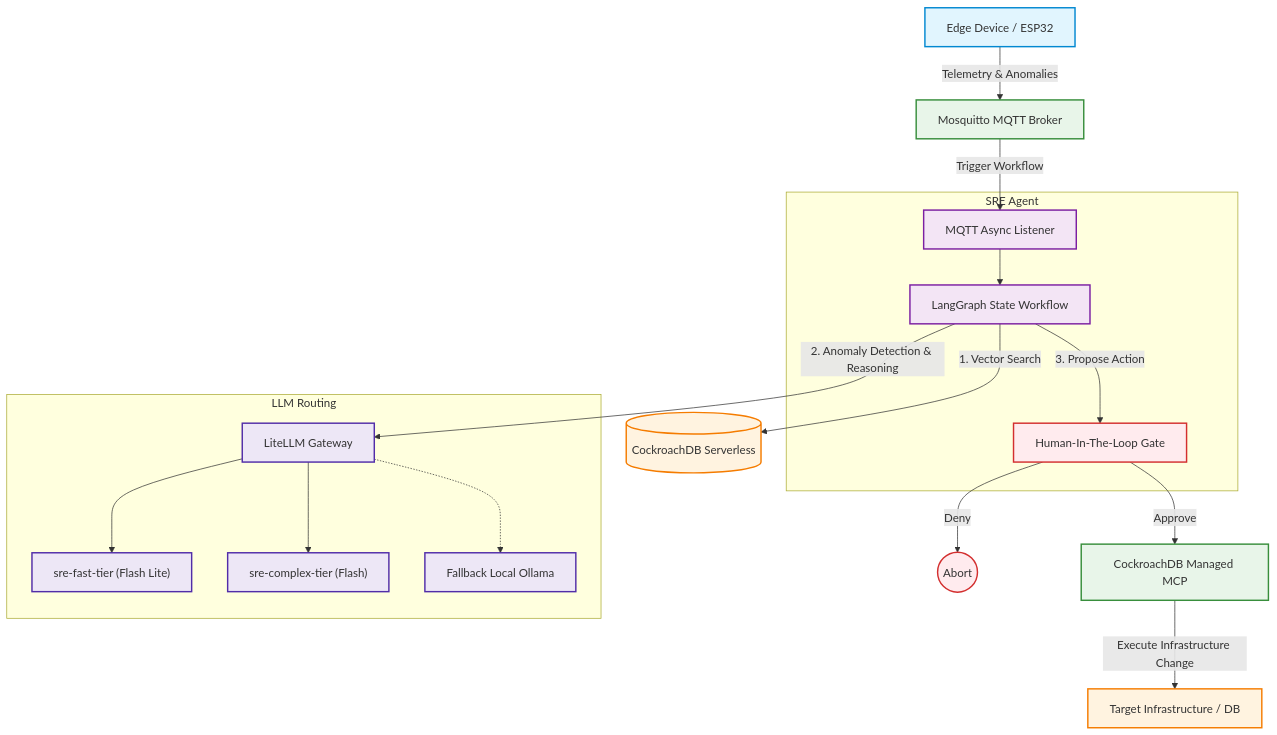
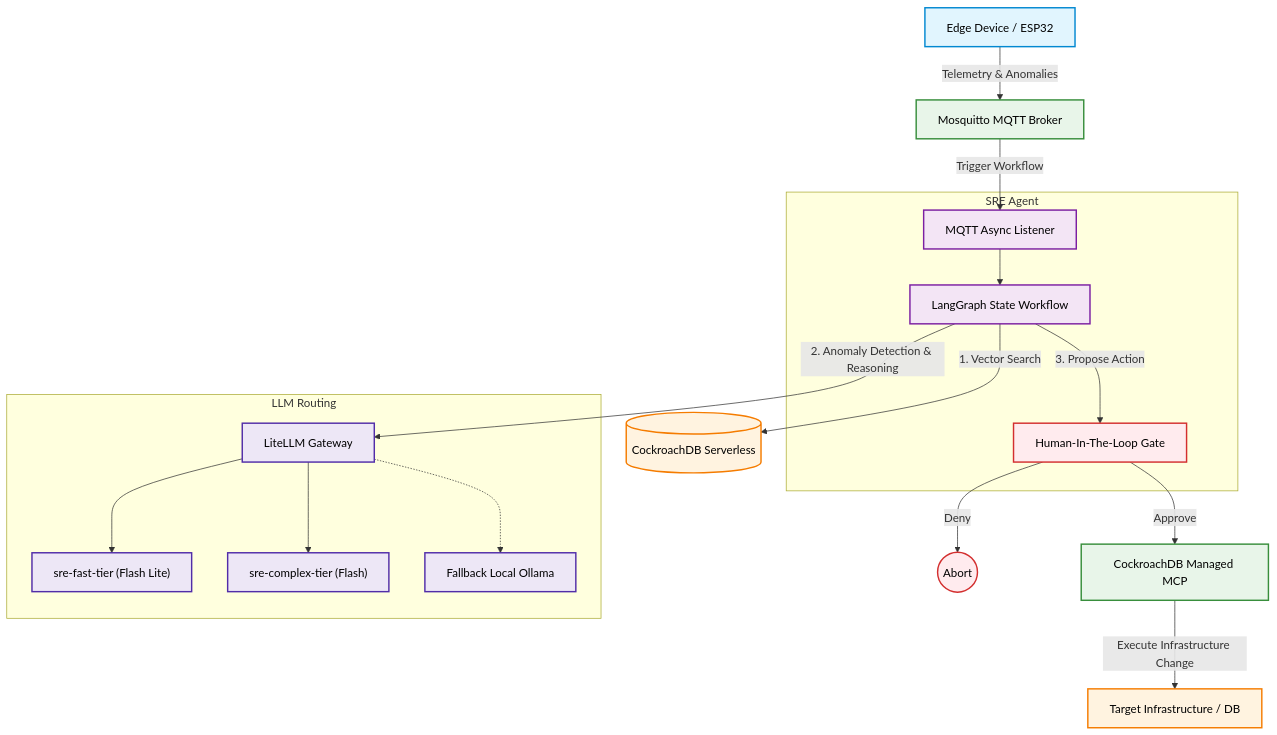
One commit to shawnsony07/Autonomous-SRE changed the first of 2 diagrams in README.md. Above: the diagram before and after it, drawn with Mermaid. The commit also changed other lines of this file, not shown here.

Commit message:
docs: make Mermaid flowchart font color black

````diff
--- a/README.md
+++ b/README.md
@@ -11,45 +11,45 @@
 ```mermaid
 flowchart TD
     %% Styling
-    classDef edge fill:#e1f5fe,stroke:#0288d1,stroke-width:2px
-    classDef agent fill:#f3e5f5,stroke:#7b1fa2,stroke-width:2px
-    classDef service fill:#e8f5e9,stroke:#388e3c,stroke-width:2px
-    classDef danger fill:#ffebee,stroke:#d32f2f,stroke-width:2px
-    classDef db fill:#fff3e0,stroke:#f57c00,stroke-width:2px
-    classDef llm fill:#ede7f6,stroke:#512da8,stroke-width:2px
+    classDef edge fill:#e1f5fe,stroke:#0288d1,stroke-width:2px,color:#000
+    classDef agent fill:#f3e5f5,stroke:#7b1fa2,stroke-width:2px,color:#000
+    classDef service fill:#e8f5e9,stroke:#388e3c,stroke-width:2px,color:#000
+    classDef danger fill:#ffebee,stroke:#d32f2f,stroke-width:2px,color:#000
+    classDef db fill:#fff3e0,stroke:#f57c00,stroke-width:2px,color:#000
+    classDef llm fill:#ede7f6,stroke:#512da8,stroke-width:2px,color:#000
 
     %% Define Edge & Infrastructure
     ESP32["Edge Device / ESP32"]:::edge -- Telemetry & Anomalies --> MQTT["Mosquitto MQTT Broker"]:::service
     
     %% SRE Agent Core
     subgraph SRE Agent
         MQTT_Listener["MQTT Async Listener"]:::agent
         LangGraph["LangGraph State Workflow"]:::agent
         HITL["Human-In-The-Loop Gate"]:::danger
     end
     
     MQTT -- Trigger Workflow --> MQTT_Listener
     MQTT_Listener --> LangGraph
     
     %% External Services
     LiteLLM["LiteLLM Gateway"]:::llm
     CockroachDB[("CockroachDB Serverless")]:::db
     MCP["CockroachDB Managed MCP"]:::service
 
     %% Flow interactions
     LangGraph -- 1. Vector Search --> CockroachDB
     LangGraph -- 2. Anomaly Detection & Reasoning --> LiteLLM
     LangGraph -- 3. Propose Action --> HITL
     
     HITL -- Approve --> MCP
     MCP -- Execute Infrastructure Change --> System["Target Infrastructure / DB"]:::db
     
     HITL -- Deny --> Abort(("Abort")):::danger
     
     %% LLM Tiers
     subgraph LLM Routing
         LiteLLM --> FastTier["sre-fast-tier (Flash Lite)"]:::llm
         LiteLLM --> ComplexTier["sre-complex-tier (Flash)"]:::llm
         LiteLLM -.-> Ollama["Fallback Local Ollama"]:::llm
     end
 ```
````
